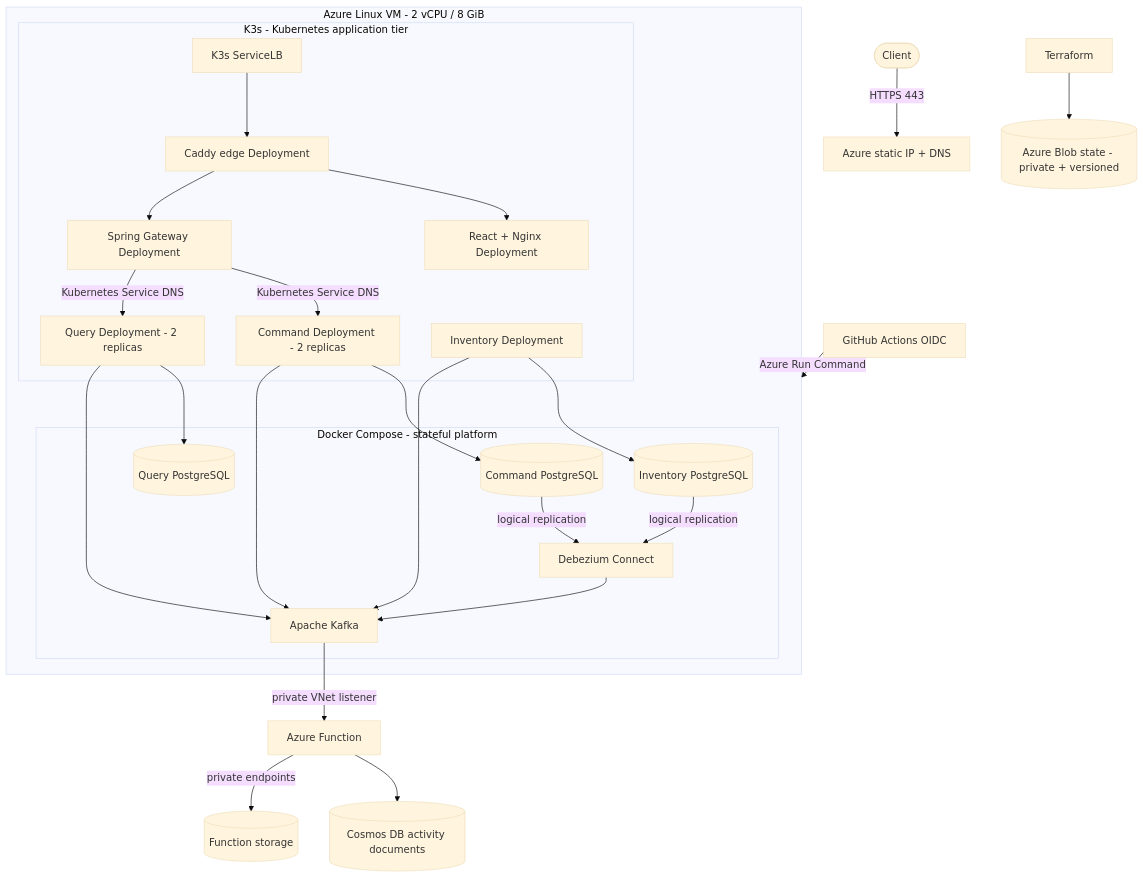
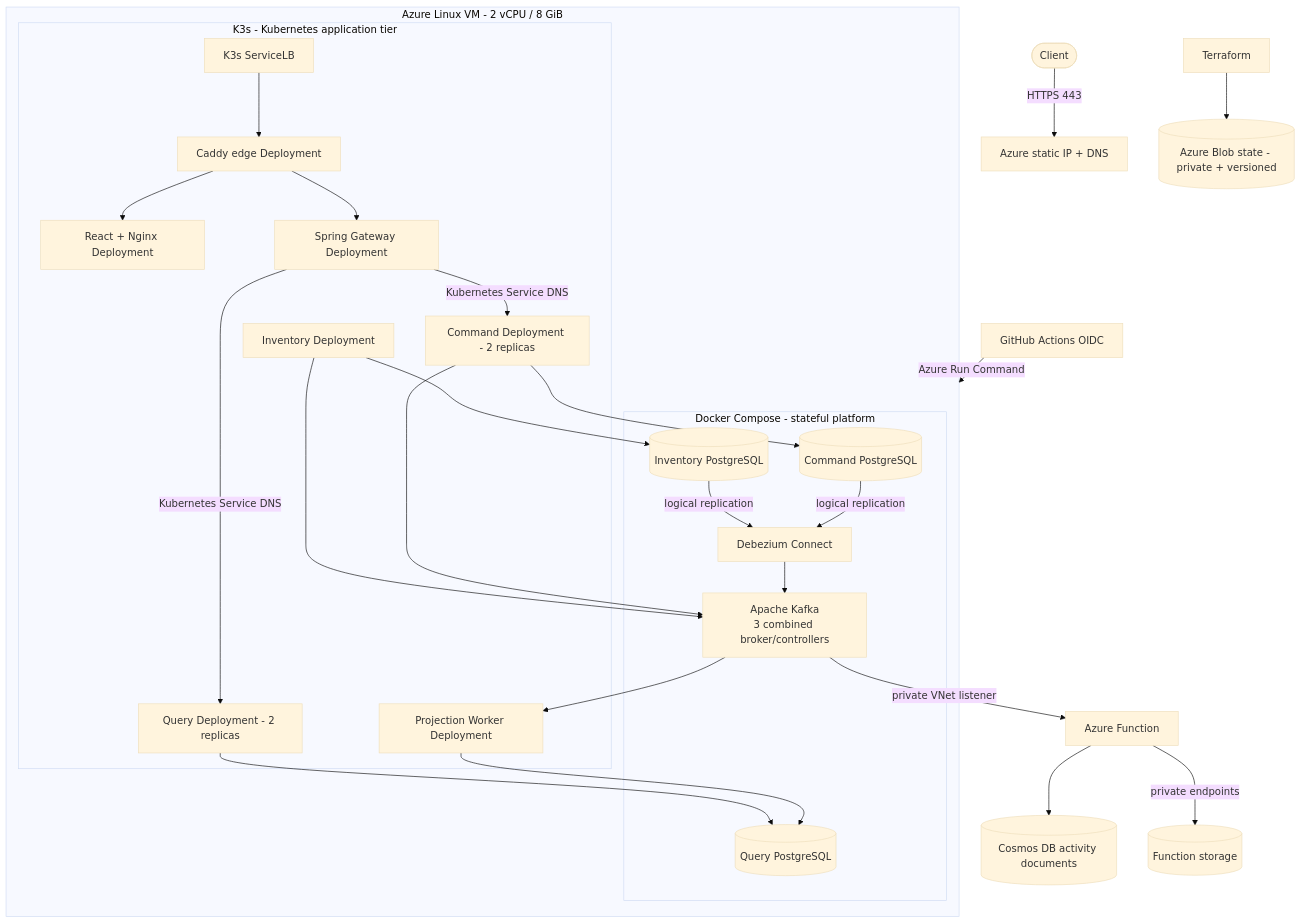
Before and after one commit to karacsonybarni/event-sourced-cqrs-microservices: the diagram in docs/azure-deployment.md, drawn with Mermaid (base theme). The commit also changed other lines of this file and 27 other files, not shown here.

Commit message:
WIP: add three-broker Kafka failover

````diff
--- a/docs/azure-deployment.md
+++ b/docs/azure-deployment.md
@@ -17,35 +17,37 @@
 ```mermaid
 flowchart TB
     Internet([Client]) -->|HTTPS 443| IP[Azure static IP + DNS]
 
     subgraph VM[Azure Linux VM - 2 vCPU / 8 GiB]
         subgraph K3s[K3s - Kubernetes application tier]
             ServiceLB[K3s ServiceLB] --> Caddy[Caddy edge Deployment]
             Caddy --> Frontend[React + Nginx Deployment]
             Caddy --> Gateway[Spring Gateway Deployment]
             Gateway -->|Kubernetes Service DNS| Command[Command Deployment - 2 replicas]
             Gateway -->|Kubernetes Service DNS| Query[Query Deployment - 2 replicas]
+            Projector[Projection Worker Deployment]
             Inventory[Inventory Deployment]
         end
 
         subgraph Platform[Docker Compose - stateful platform]
             EventStore[(Command PostgreSQL)] -->|logical replication| Debezium[Debezium Connect]
             InventoryDB[(Inventory PostgreSQL)] -->|logical replication| Debezium
             QueryDB[(Query PostgreSQL)]
-            Debezium --> Kafka[Apache Kafka]
+            Debezium --> Kafka[Apache Kafka<br/>3 combined broker/controllers]
         end
 
         Command --> EventStore
         Command --> Kafka
         Inventory --> InventoryDB
         Inventory --> Kafka
+        Kafka --> Projector
+        Projector --> QueryDB
         Query --> QueryDB
-        Query --> Kafka
     end
 
     Kafka -->|private VNet listener| Function[Azure Function]
     Function --> Cosmos[(Cosmos DB activity documents)]
     Function -->|private endpoints| FunctionStorage[(Function storage)]
     GitHub[GitHub Actions OIDC] -->|Azure Run Command| VM
     Terraform[Terraform] --> State[(Azure Blob state - private + versioned)]
 ```
````
